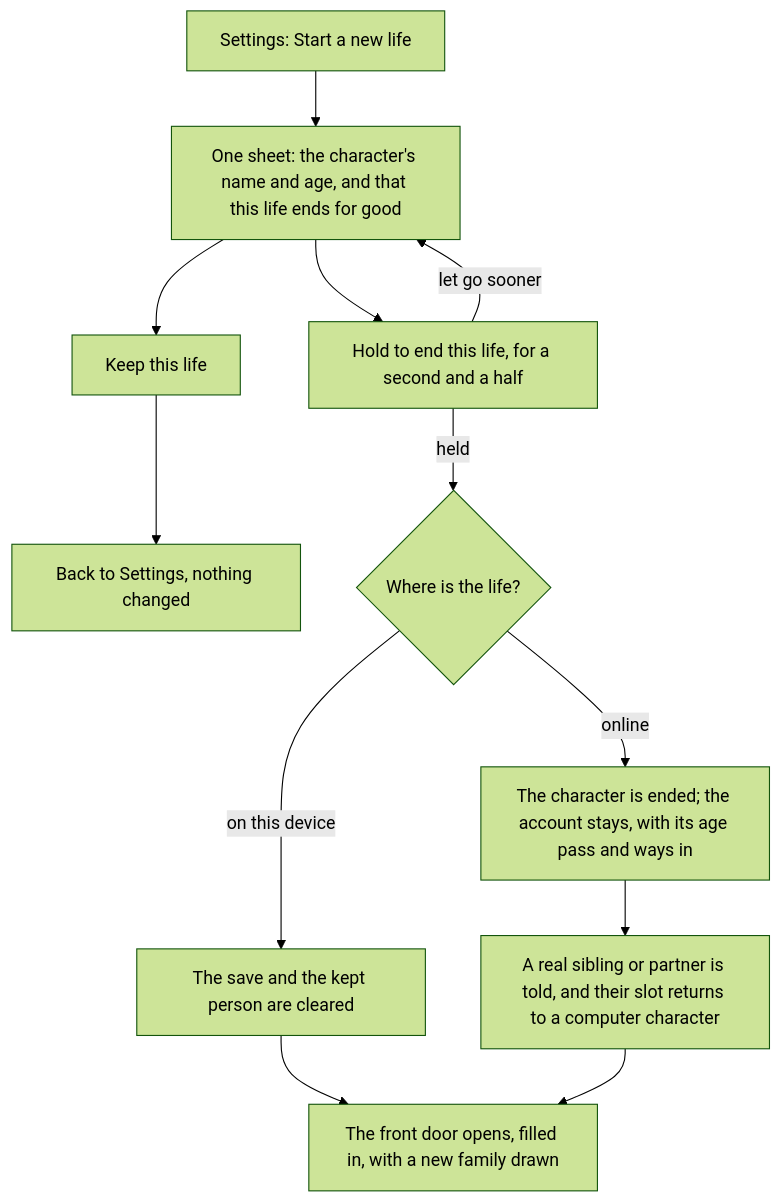
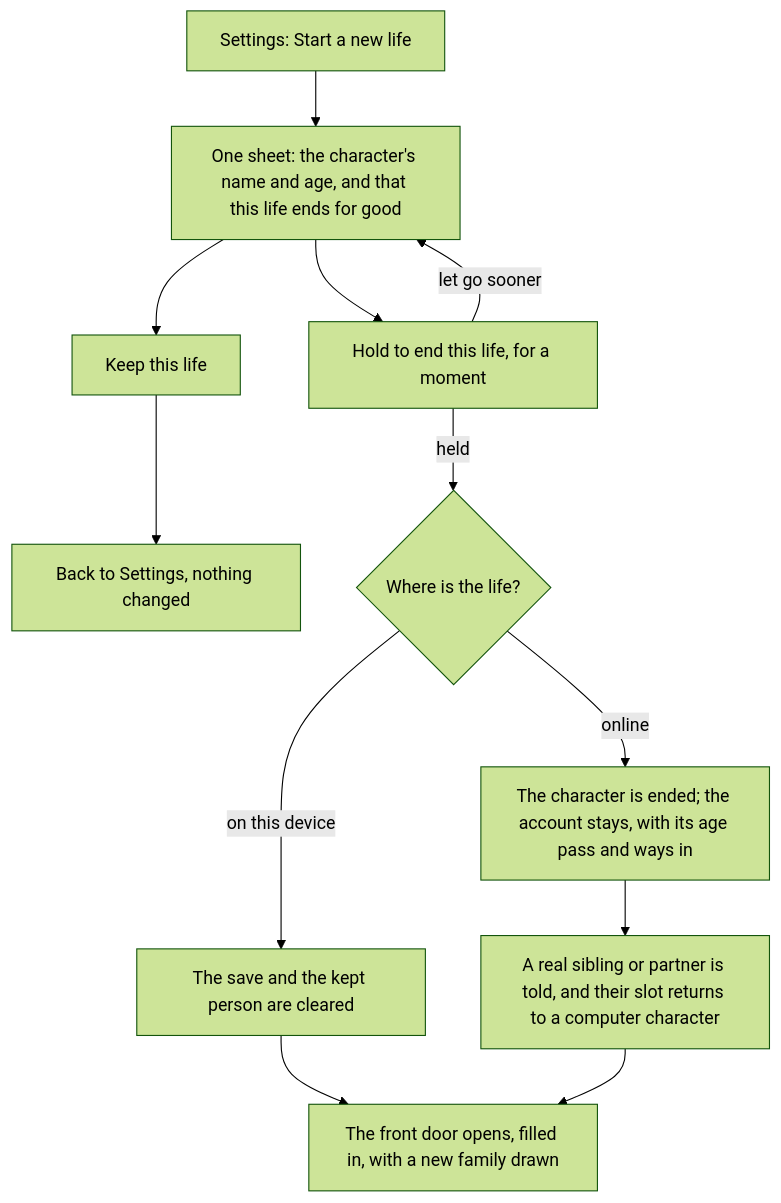
One commit to buildlab-studio/japacity changed the diagram in docs/site/plays/settings.md. Above: the diagram before and after it, drawn with Mermaid (forest theme). The commit also changed other lines of this file and 157 other files, not shown here.

````diff
--- a/docs/site/plays/settings.md
+++ b/docs/site/plays/settings.md
@@ -72,14 +72,14 @@
 ```mermaid
 flowchart TD
   ROW["Settings: Start a new life"] --> SHEET["One sheet: the character's name and age, and that this life ends for good"]
   SHEET --> KEEP["Keep this life"]
   KEEP --> BACK["Back to Settings, nothing changed"]
-  SHEET --> HOLD["Hold to end this life, for a second and a half"]
+  SHEET --> HOLD["Hold to end this life, for a moment"]
   HOLD -- "let go sooner" --> SHEET
   HOLD -- "held" --> END{"Where is the life?"}
   END -- "on this device" --> LOCAL["The save and the kept person are cleared"]
   END -- "online" --> ONLINE["The character is ended; the account stays, with its age pass and ways in"]
   ONLINE --> TOLD["A real sibling or partner is told, and their slot returns to a computer character"]
   LOCAL --> DOOR["The front door opens, filled in, with a new family drawn"]
   TOLD --> DOOR
 ```
````
